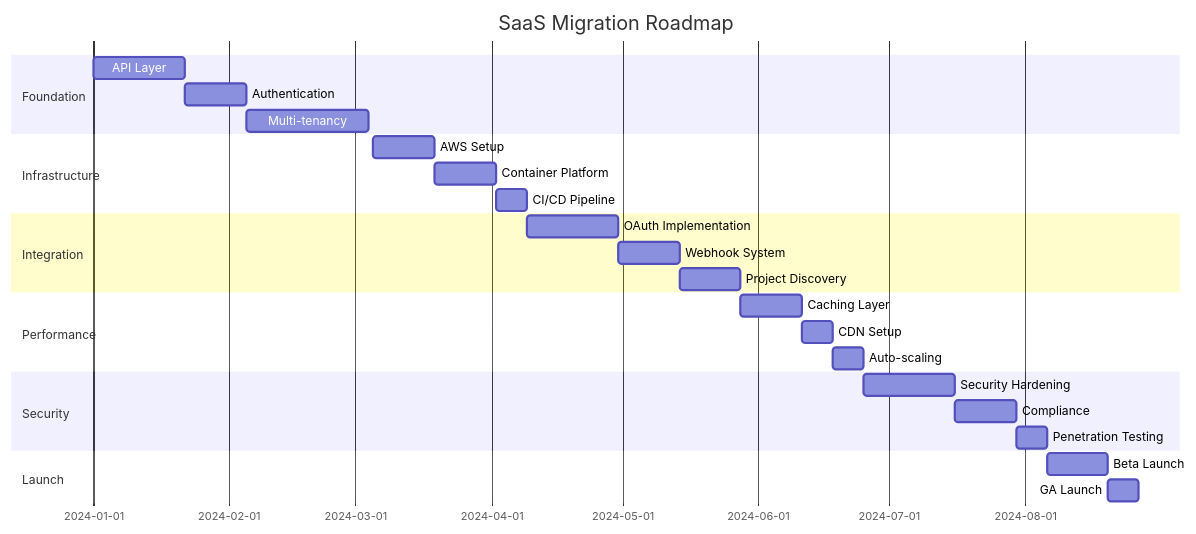
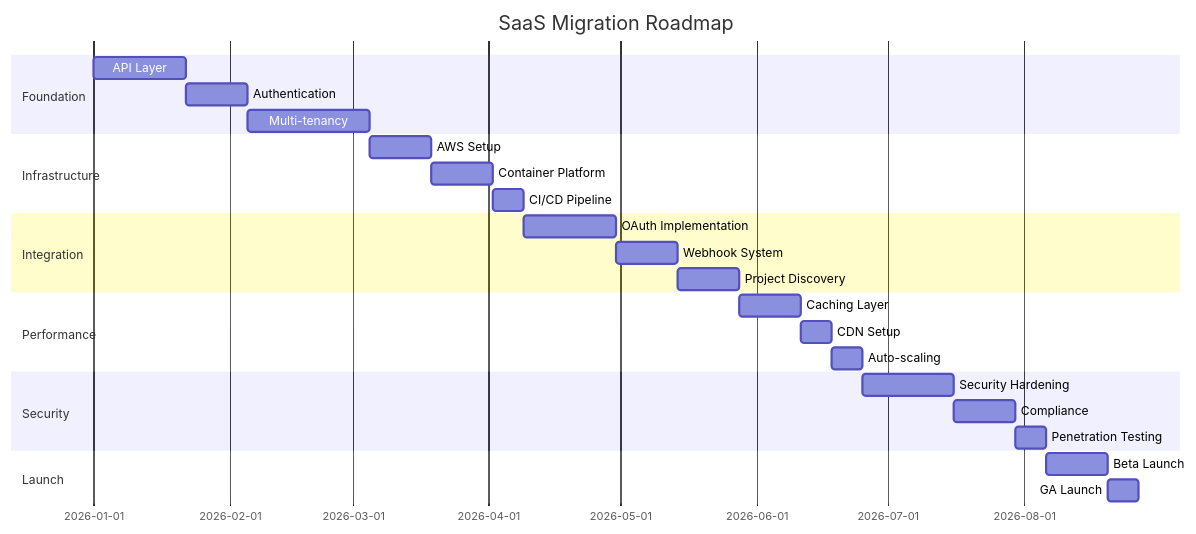
Before and after one commit to opreto/jira-monte-carlo: the diagram in docs/SAAS_READINESS.md, drawn with Mermaid. The commit also changed other lines of this file and 22 other files, not shown here.

````diff
--- a/docs/SAAS_READINESS.md
+++ b/docs/SAAS_READINESS.md
@@ -1229,33 +2161,33 @@
 ```mermaid
 gantt
     title SaaS Migration Roadmap
     dateFormat  YYYY-MM-DD
     section Foundation
-    API Layer           :2024-01-01, 3w
-    Authentication      :2024-01-22, 2w
-    Multi-tenancy       :2024-02-05, 4w
+    API Layer           :2026-01-01, 3w
+    Authentication      :2026-01-22, 2w
+    Multi-tenancy       :2026-02-05, 4w
     
     section Infrastructure
-    AWS Setup           :2024-03-05, 2w
-    Container Platform  :2024-03-19, 2w
-    CI/CD Pipeline      :2024-04-02, 1w
+    AWS Setup           :2026-03-05, 2w
+    Container Platform  :2026-03-19, 2w
+    CI/CD Pipeline      :2026-04-02, 1w
     
     section Integration
-    OAuth Implementation :2024-04-09, 3w
-    Webhook System      :2024-04-30, 2w
-    Project Discovery   :2024-05-14, 2w
+    OAuth Implementation :2026-04-09, 3w
+    Webhook System      :2026-04-30, 2w
+    Project Discovery   :2026-05-14, 2w
     
     section Performance
-    Caching Layer       :2024-05-28, 2w
-    CDN Setup          :2024-06-11, 1w
-    Auto-scaling       :2024-06-18, 1w
+    Caching Layer       :2026-05-28, 2w
+    CDN Setup          :2026-06-11, 1w
+    Auto-scaling       :2026-06-18, 1w
     
     section Security
-    Security Hardening  :2024-06-25, 3w
-    Compliance         :2024-07-16, 2w
-    Penetration Testing :2024-07-30, 1w
+    Security Hardening  :2026-06-25, 3w
+    Compliance         :2026-07-16, 2w
+    Penetration Testing :2026-07-30, 1w
     
     section Launch
-    Beta Launch        :2024-08-06, 2w
-    GA Launch          :2024-08-20, 1w
+    Beta Launch        :2026-08-06, 2w
+    GA Launch          :2026-08-20, 1w
 ```
````
